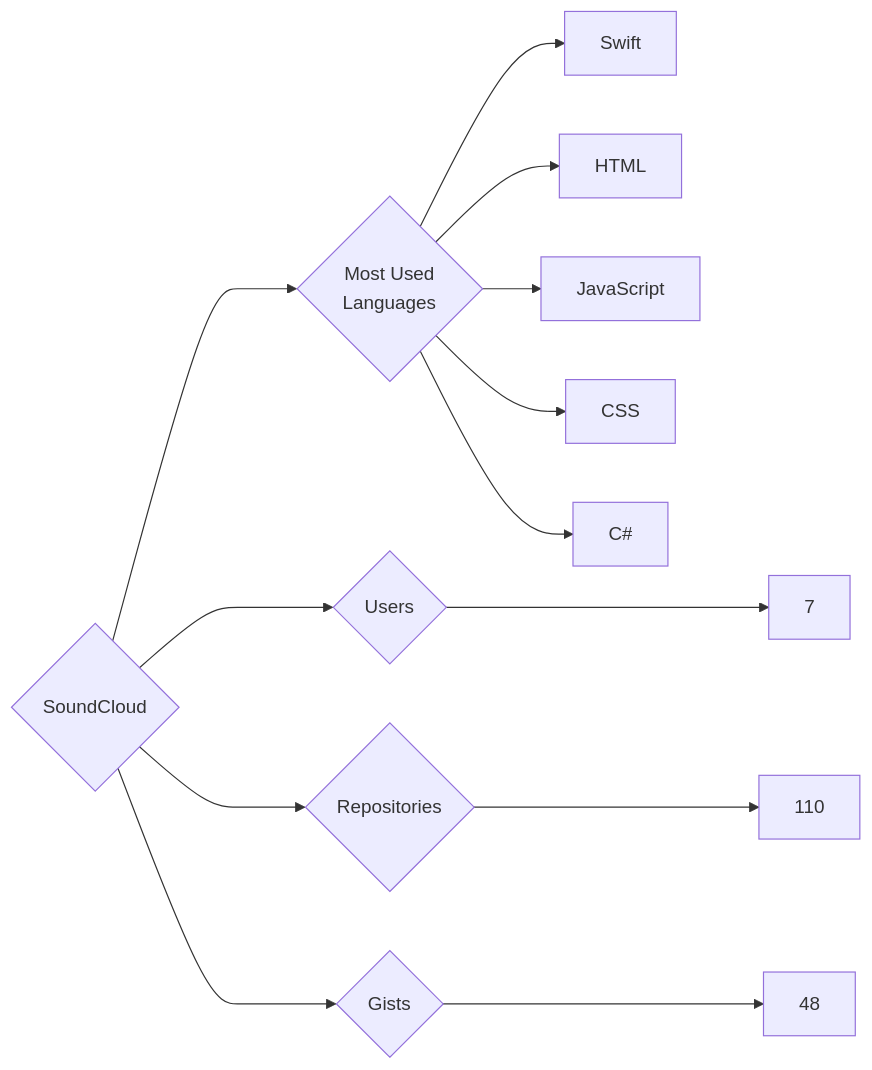
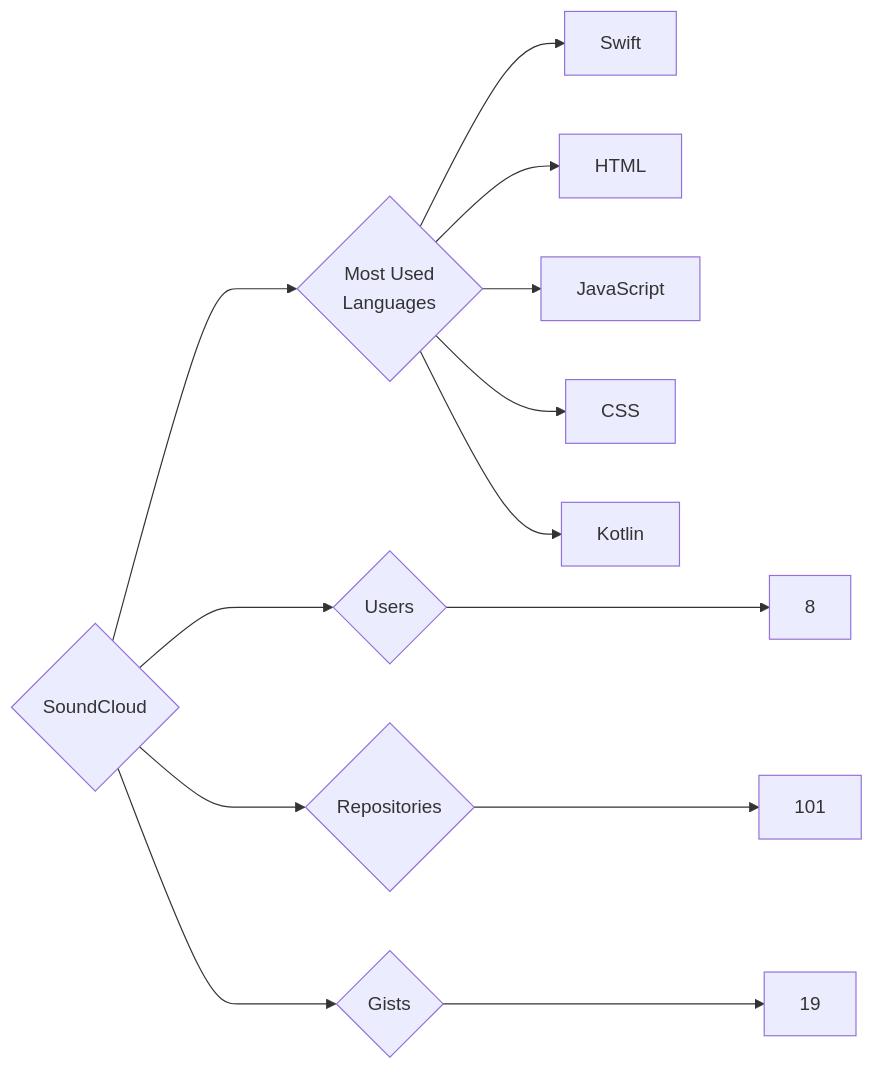
The diagram in targets/SoundCloud/README.md (trickest/insiders), drawn with Mermaid before and after one commit. The commit also changed 748 other files, not shown here.

````diff
--- a/targets/SoundCloud/README.md
+++ b/targets/SoundCloud/README.md
@@ -3,13 +3,13 @@
 ```mermaid
 graph LR
 COMPANY_NAME{SoundCloud}
-COMPANY_NAME ---> U{Users} ---> UN[7]
-COMPANY_NAME ---> R{Repositories} ---> RN[110]
-COMPANY_NAME ---> G{Gists} ---> GN[48]
+COMPANY_NAME ---> U{Users} ---> UN[8]
+COMPANY_NAME ---> R{Repositories} ---> RN[101]
+COMPANY_NAME ---> G{Gists} ---> GN[19]
 COMPANY_NAME ---> ML{Most Used<br>Languages}
 ML --> Swift[Swift]
 ML --> HTML[HTML]
 ML --> JavaScript[JavaScript]
 ML --> CSS[CSS]
-ML --> C#[C#]
+ML --> Kotlin[Kotlin]
 ```
````
